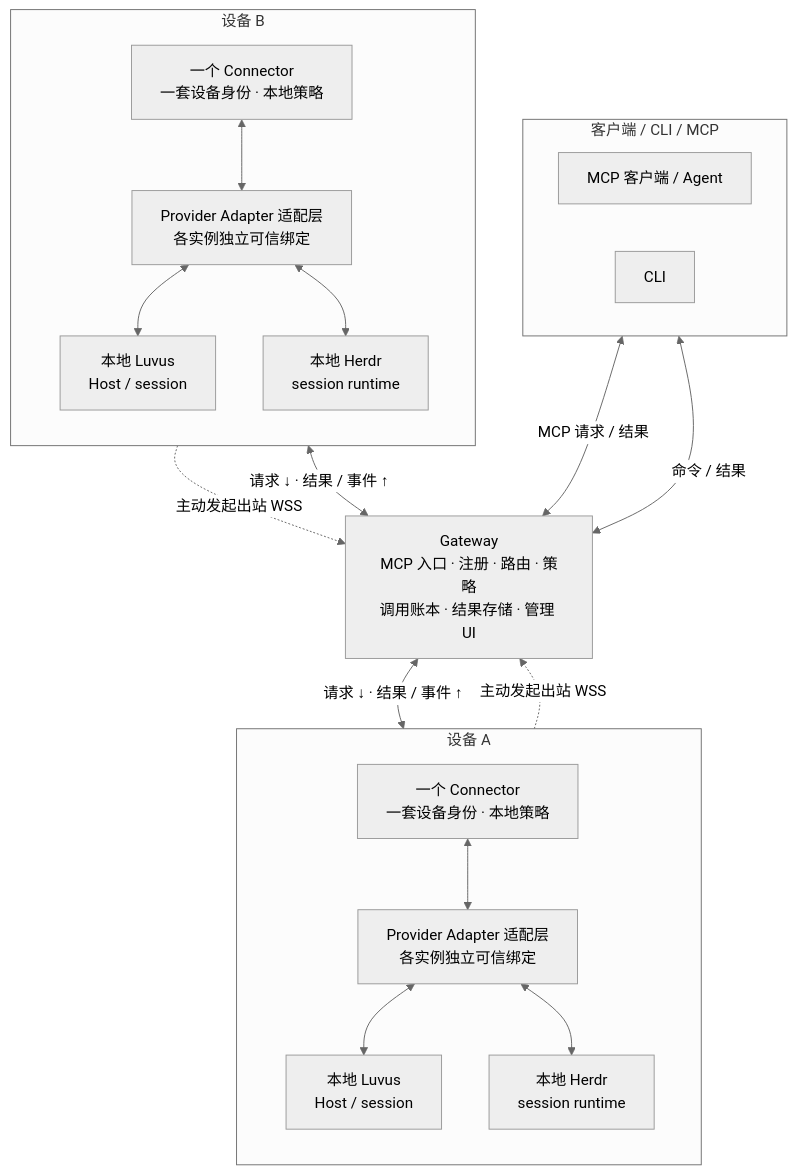
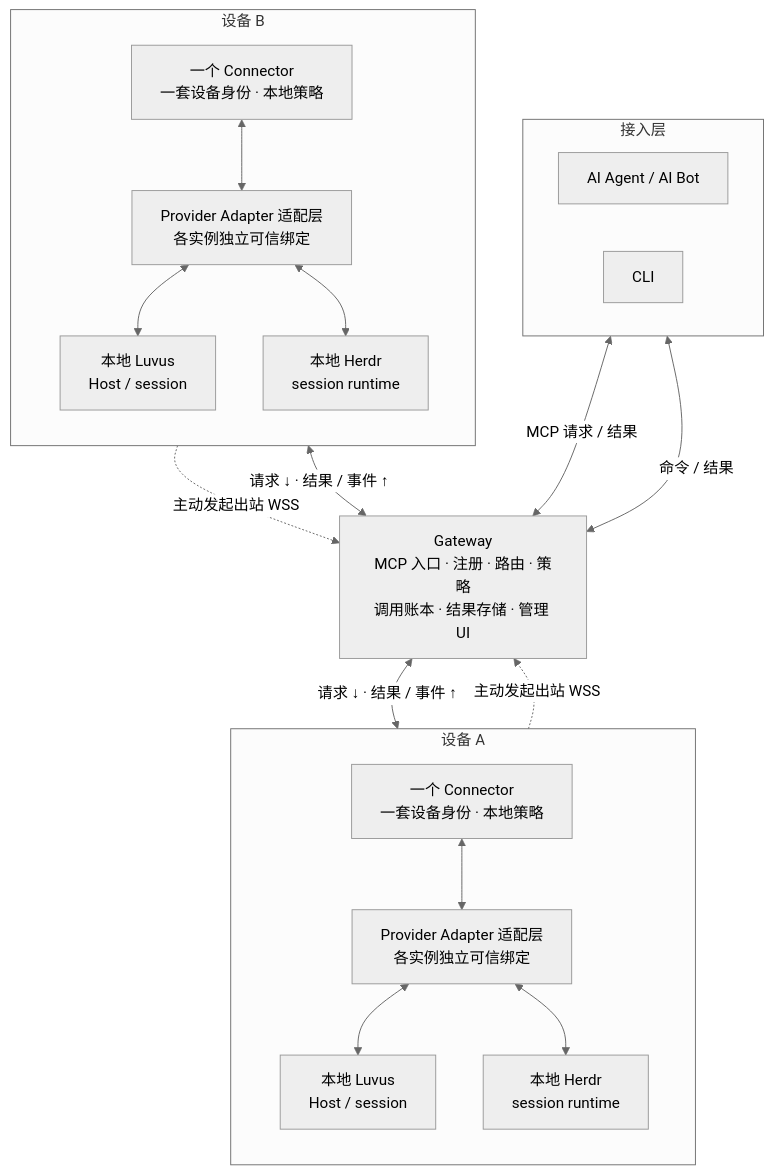
Before and after one commit to ArnoChenFx/Rovloom: the diagram in README-zh.md, drawn with Mermaid (neutral theme). The commit also changed other lines of this file and 4 other files, not shown here.

Commit message:
docs: identify README access targets as AI Agent and AI Bot

````diff
--- a/README-zh.md
+++ b/README-zh.md
@@ -32,39 +31,39 @@
 ```mermaid
 flowchart TB
-  subgraph CLIENTS["客户端 / CLI / MCP"]
+  subgraph ACCESS["接入层"]
     direction LR
-    MCP["MCP 客户端 / Agent"]
+    AI["AI Agent / AI Bot"]
     CLI["CLI"]
   end
 
   GW["Gateway<br/>MCP 入口 · 注册 · 路由 · 策略<br/>调用账本 · 结果存储 · 管理 UI"]
 
   subgraph DEVICE_A["设备 A"]
     direction TB
     CA["一个 Connector<br/>一套设备身份 · 本地策略"]
     PA["Provider Adapter 适配层<br/>各实例独立可信绑定"]
     LA["本地 Luvus<br/>Host / session"]
     HA["本地 Herdr<br/>session runtime"]
     CA <--> PA
     PA <--> LA
     PA <--> HA
   end
 
   subgraph DEVICE_B["设备 B"]
     direction TB
     CB["一个 Connector<br/>一套设备身份 · 本地策略"]
     PB["Provider Adapter 适配层<br/>各实例独立可信绑定"]
     LB["本地 Luvus<br/>Host / session"]
     HB["本地 Herdr<br/>session runtime"]
     CB <--> PB
     PB <--> LB
     PB <--> HB
   end
 
-  MCP <-->|"MCP 请求 / 结果"| GW
+  AI <-->|"MCP 请求 / 结果"| GW
   CLI <-->|"命令 / 结果"| GW
   GW <-->|"请求 ↓ · 结果 / 事件 ↑"| CA
   GW <-->|"请求 ↓ · 结果 / 事件 ↑"| CB
   CA -.->|"主动发起出站 WSS"| GW
   CB -.->|"主动发起出站 WSS"| GW
 ```
````
